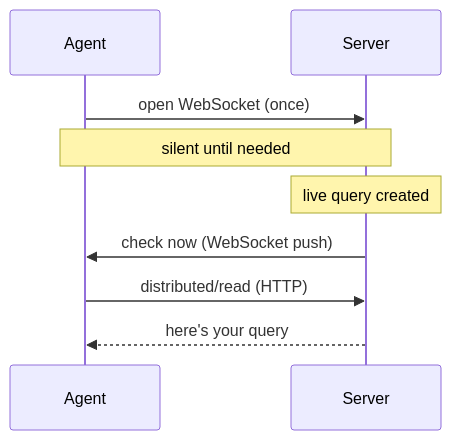
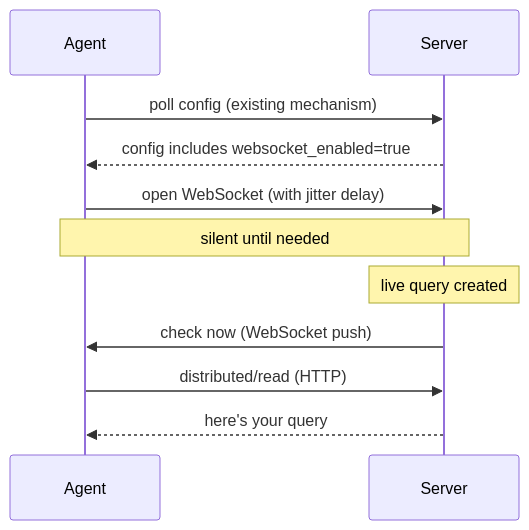
One commit to fleetdm/fleet changed the second of 3 diagrams in docs/Contributing/adr/0011-agent-websocket-transport.md. Above: the diagram before and after it, drawn with Mermaid. The commit also changed other lines of this file, not shown here.

Commit message:
Add orbit proxy mechanism and detailed sequence diagram

````diff
--- a/docs/Contributing/adr/0011-agent-websocket-transport.md
+++ b/docs/Contributing/adr/0011-agent-websocket-transport.md
@@ -68,13 +70,15 @@
 ```mermaid
 sequenceDiagram
     participant Agent
     participant Server
 
-    Agent->>Server: open WebSocket (once)
+    Agent->>Server: poll config (existing mechanism)
+    Server-->>Agent: config includes websocket_enabled=true
+    Agent->>Server: open WebSocket (with jitter delay)
     Note over Agent,Server: silent until needed
 
     Note over Server: live query created
     Server->>Agent: check now (WebSocket push)
     Agent->>Server: distributed/read (HTTP)
     Server-->>Agent: here's your query
 ```
````
